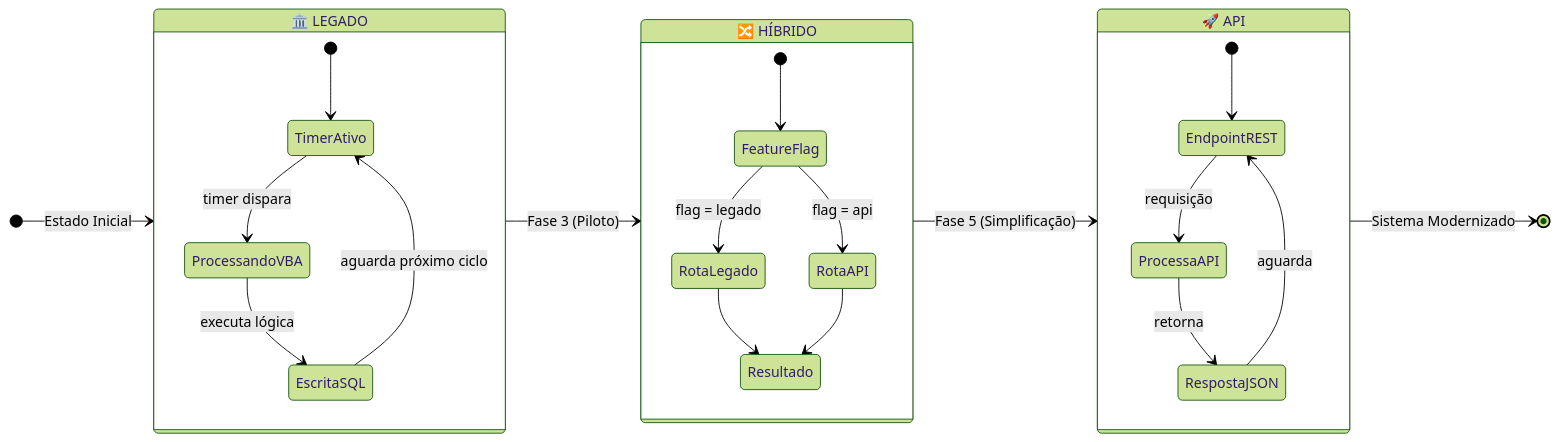
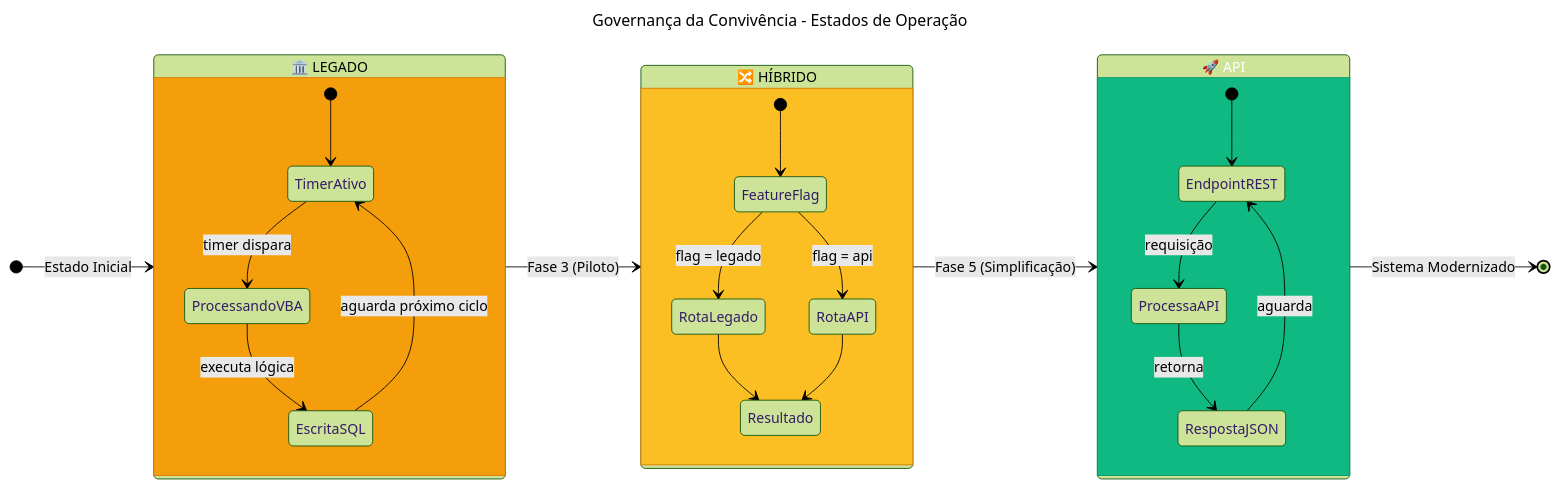
One commit to Evilazaro/Azure-LogicApps-Monitoring changed the first of 3 diagrams in docs/plano-modernizacao/08-operacao-suporte.md. Above: the diagram before and after it, drawn with Mermaid (forest theme). The commit also changed other lines of this file and 6 other files, not shown here.

````diff
--- a/docs/plano-modernizacao/08-operacao-suporte.md
+++ b/docs/plano-modernizacao/08-operacao-suporte.md
@@ -56,34 +56,47 @@
 ```mermaid
+---
+title: Governança da Convivência - Estados de Operação
+---
 stateDiagram-v2
     direction LR
+    
+    %% ===== DEFINIÇÕES DE ESTILO =====
+    classDef legadoState fill:#F59E0B,stroke:#D97706,color:#000000
+    classDef hibridoState fill:#FBBF24,stroke:#D97706,color:#000000
+    classDef apiState fill:#10B981,stroke:#059669,color:#FFFFFF
     
     [*] --> Legado: Estado Inicial
     
     state "🏛️ LEGADO" as Legado {
         [*] --> TimerAtivo
         TimerAtivo --> ProcessandoVBA: timer dispara
         ProcessandoVBA --> EscritaSQL: executa lógica
         EscritaSQL --> TimerAtivo: aguarda próximo ciclo
     }
     
     Legado --> Hibrido: Fase 3 (Piloto)
     
     state "🔀 HÍBRIDO" as Hibrido {
         [*] --> FeatureFlag
         FeatureFlag --> RotaLegado: flag = legado
         FeatureFlag --> RotaAPI: flag = api
         RotaLegado --> Resultado
         RotaAPI --> Resultado
     }
     
     Hibrido --> API: Fase 5 (Simplificação)
     
     state "🚀 API" as API {
         [*] --> EndpointREST
         EndpointREST --> ProcessaAPI: requisição
         ProcessaAPI --> RespostaJSON: retorna
         RespostaJSON --> EndpointREST: aguarda
     }
     
     API --> [*]: Sistema Modernizado
+
+    %% ===== APLICAÇÃO DE ESTILOS =====
+    class Legado legadoState
+    class Hibrido hibridoState
+    class API apiState
 ```
````
